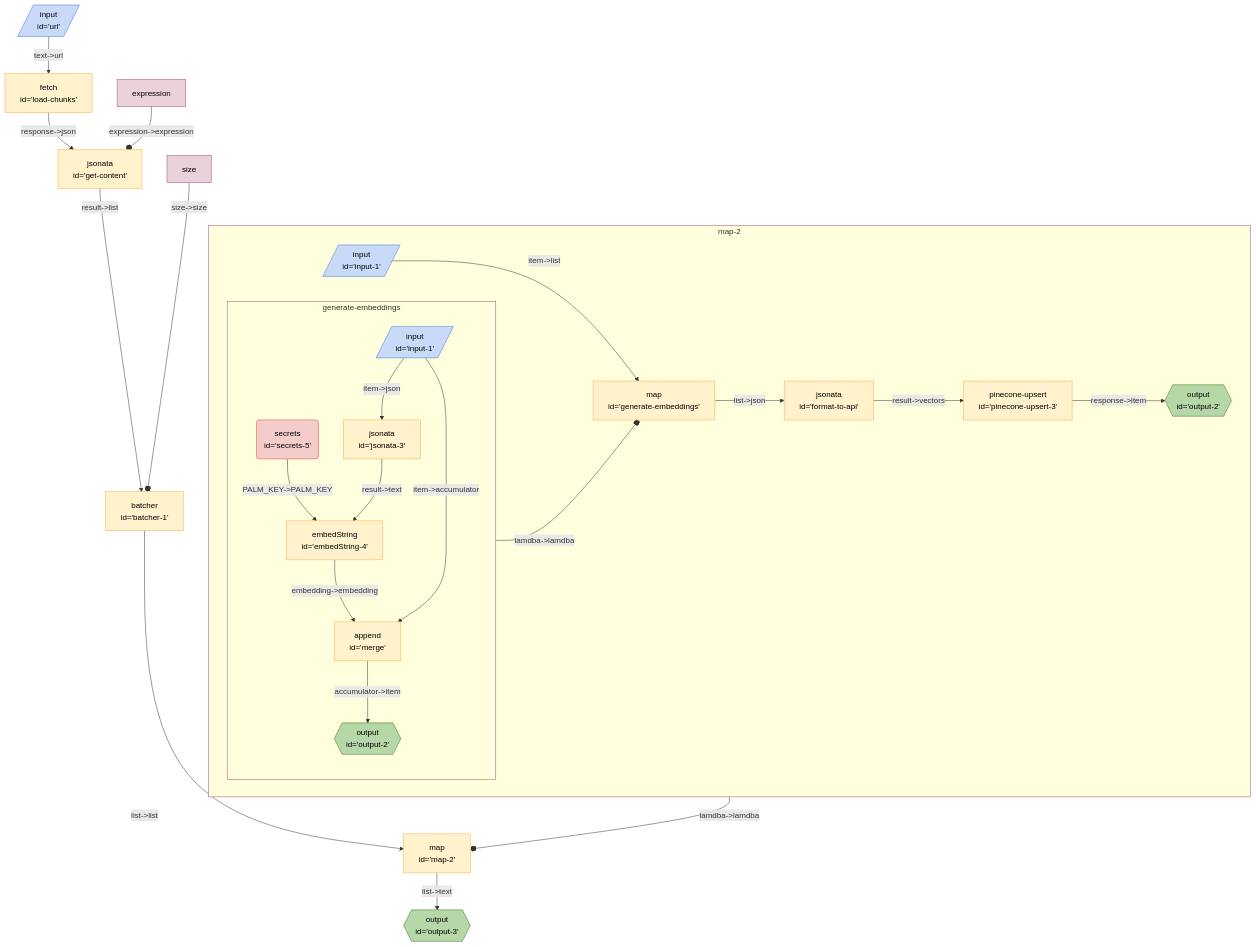
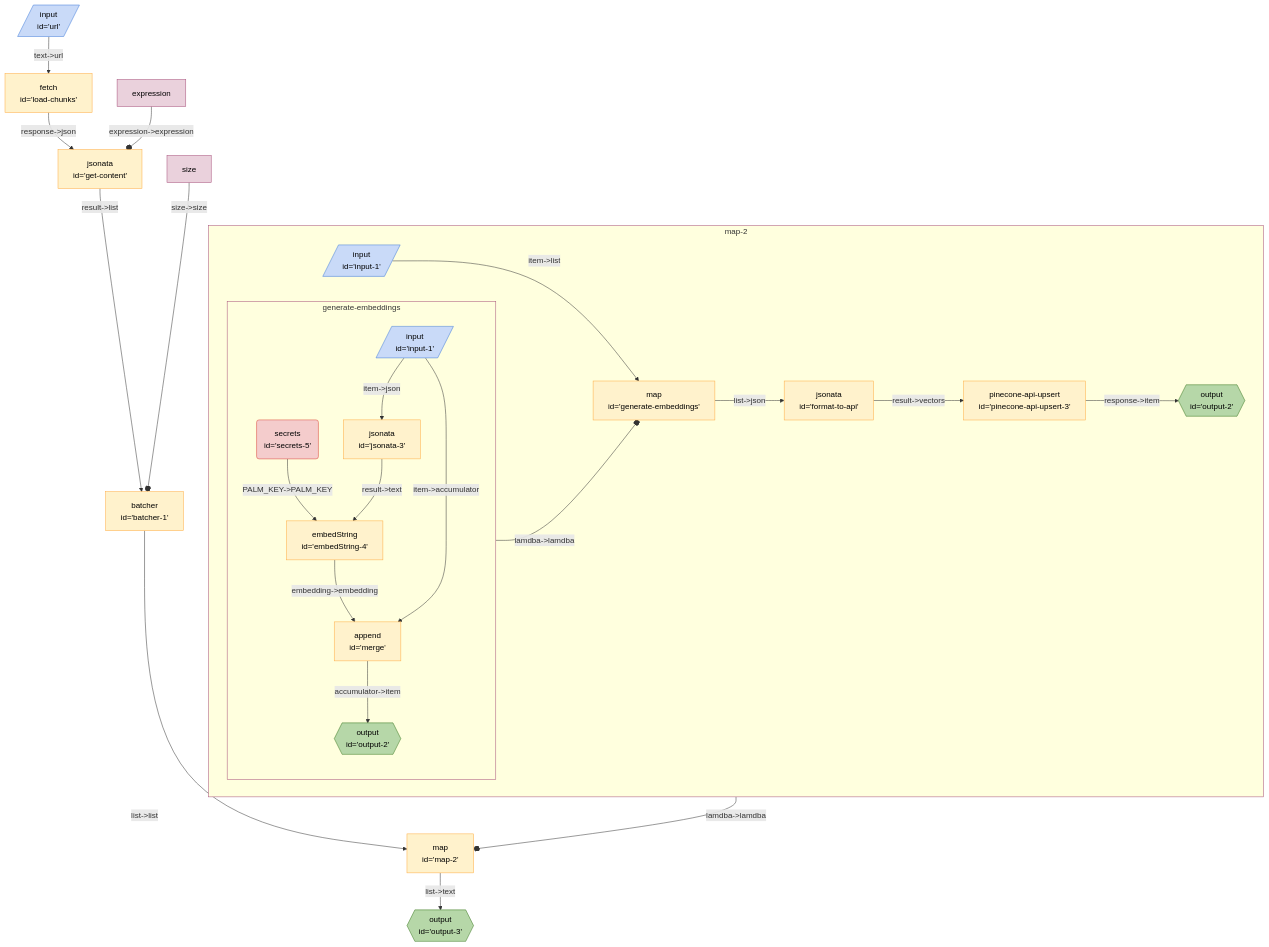
The diagram in seeds/graph-playground/docs/graphs/pinecone-load.md (breadboard-ai/breadboard), drawn with Mermaid before and after one commit. The commit also changed 10 other files, not shown here.

Commit message:
[pinecone-kit] Try loading graphs, rather than boards.

````diff
--- a/seeds/graph-playground/docs/graphs/pinecone-load.md
+++ b/seeds/graph-playground/docs/graphs/pinecone-load.md
@@ -5,42 +5,42 @@
   ```mermaid
   %%{init: 'themeVariables': { 'fontFamily': 'Fira Code, monospace' }}%%
 graph TD;
 map2["map <br> id='map-2'"] -- "list->text" --> output3{{"output <br> id='output-3'"}}:::output
 subgraph sg_map2 [map-2]
-map2_pineconeupsert3["pinecone-upsert <br> id='pinecone-upsert-3'"] -- "response->item" --> map2_output2{{"output <br> id='output-2'"}}:::output
-map2_formattoapi["jsonata <br> id='format-to-api'"] -- "result->vectors" --> map2_pineconeupsert3["pinecone-upsert <br> id='pinecone-upsert-3'"]
+map2_pineconeapiupsert3["pinecone-api-upsert <br> id='pinecone-api-upsert-3'"] -- "response->item" --> map2_output2{{"output <br> id='output-2'"}}:::output
+map2_formattoapi["jsonata <br> id='format-to-api'"] -- "result->vectors" --> map2_pineconeapiupsert3["pinecone-api-upsert <br> id='pinecone-api-upsert-3'"]
 map2_generateembeddings["map <br> id='generate-embeddings'"] -- "list->json" --> map2_formattoapi["jsonata <br> id='format-to-api'"]
 subgraph sg_generateembeddings [generate-embeddings]
 map2_generateembeddings_embedString4["embedString <br> id='embedString-4'"] -- "embedding->embedding" --> map2_generateembeddings_merge["append <br> id='merge'"]
 map2_generateembeddings_secrets5("secrets <br> id='secrets-5'"):::secrets -- "PALM_KEY->PALM_KEY" --> map2_generateembeddings_embedString4["embedString <br> id='embedString-4'"]
 map2_generateembeddings_jsonata3["jsonata <br> id='jsonata-3'"] -- "result->text" --> map2_generateembeddings_embedString4["embedString <br> id='embedString-4'"]
 map2_generateembeddings_input1[/"input <br> id='input-1'"/]:::input -- "item->json" --> map2_generateembeddings_jsonata3["jsonata <br> id='jsonata-3'"]
 map2_generateembeddings_merge["append <br> id='merge'"] -- "accumulator->item" --> map2_generateembeddings_output2{{"output <br> id='output-2'"}}:::output
 map2_generateembeddings_input1[/"input <br> id='input-1'"/]:::input -- "item->accumulator" --> map2_generateembeddings_merge["append <br> id='merge'"]
 
 
 end
 sg_generateembeddings:::slotted -- "lamdba->lamdba" --o map2_generateembeddings
 
 map2_input1[/"input <br> id='input-1'"/]:::input -- "item->list" --> map2_generateembeddings["map <br> id='generate-embeddings'"]
 
 
 end
 sg_map2:::slotted -- "lamdba->lamdba" --o map2
 
 batcher1["batcher <br> id='batcher-1'"] -- "list->list" --> map2["map <br> id='map-2'"]
 getcontent["jsonata <br> id='get-content'"] -- "result->list" --> batcher1["batcher <br> id='batcher-1'"]
 loadchunks["fetch <br> id='load-chunks'"] -- "response->json" --> getcontent["jsonata <br> id='get-content'"]
 url[/"input <br> id='url'"/]:::input -- "text->url" --> loadchunks["fetch <br> id='load-chunks'"]
 expressiongetcontent[expression]:::config -- "expression->expression" --o getcontent
 sizebatcher1[size]:::config -- "size->size" --o batcher1
 
 classDef default stroke:#ffab40,fill:#fff2ccff,color:#000
 classDef input stroke:#3c78d8,fill:#c9daf8ff,color:#000
 classDef output stroke:#38761d,fill:#b6d7a8ff,color:#000
 classDef passthrough stroke:#a64d79,fill:#ead1dcff,color:#000
 classDef slot stroke:#a64d79,fill:#ead1dcff,color:#000
 classDef config stroke:#a64d79,fill:#ead1dcff,color:#000
 classDef secrets stroke:#db4437,fill:#f4cccc,color:#000
 classDef slotted stroke:#a64d79
   ```
````
